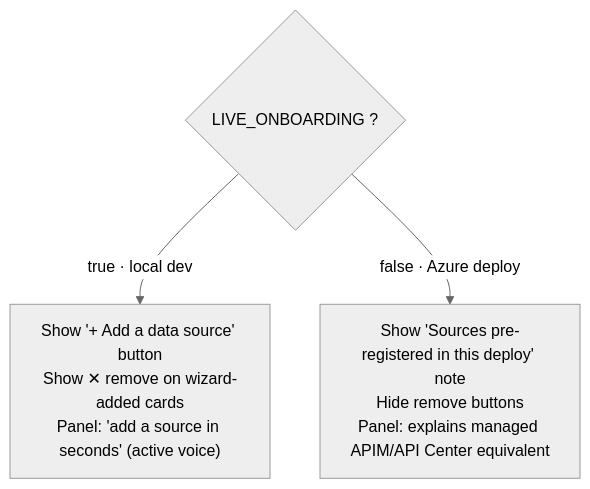
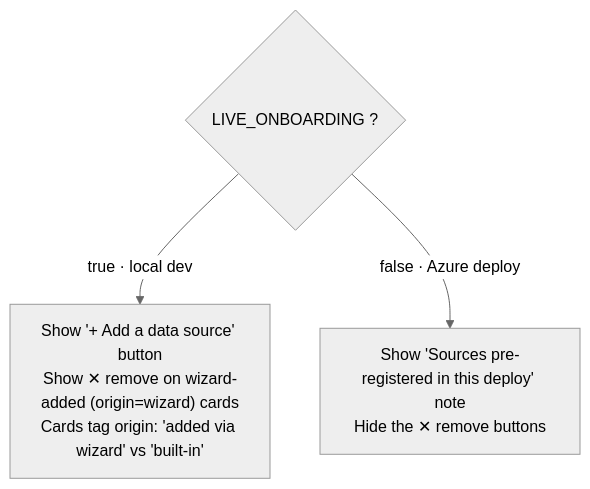
The second of 3 diagrams in frontend/README.md (fgarofalo56/nasa-api-first-poc), drawn with Mermaid (neutral theme) before and after one commit. The commit also changed other lines of this file and 13 other files, not shown here.

````diff
--- a/frontend/README.md
+++ b/frontend/README.md
@@ -234,6 +268,6 @@
 ```mermaid
 flowchart TD
     F{"LIVE_ONBOARDING ?"}
-    F -->|true · local dev| A["Show '+ Add a data source' button<br/>Show ✕ remove on wizard-added cards<br/>Panel: 'add a source in seconds' (active voice)"]
-    F -->|false · Azure deploy| B["Show 'Sources pre-registered in this deploy' note<br/>Hide remove buttons<br/>Panel: explains managed APIM/API Center equivalent"]
+    F -->|true · local dev| A["Show '+ Add a data source' button<br/>Show ✕ remove on wizard-added (origin=wizard) cards<br/>Cards tag origin: 'added via wizard' vs 'built-in'"]
+    F -->|false · Azure deploy| B["Show 'Sources pre-registered in this deploy' note<br/>Hide the ✕ remove buttons"]
 ```
````
